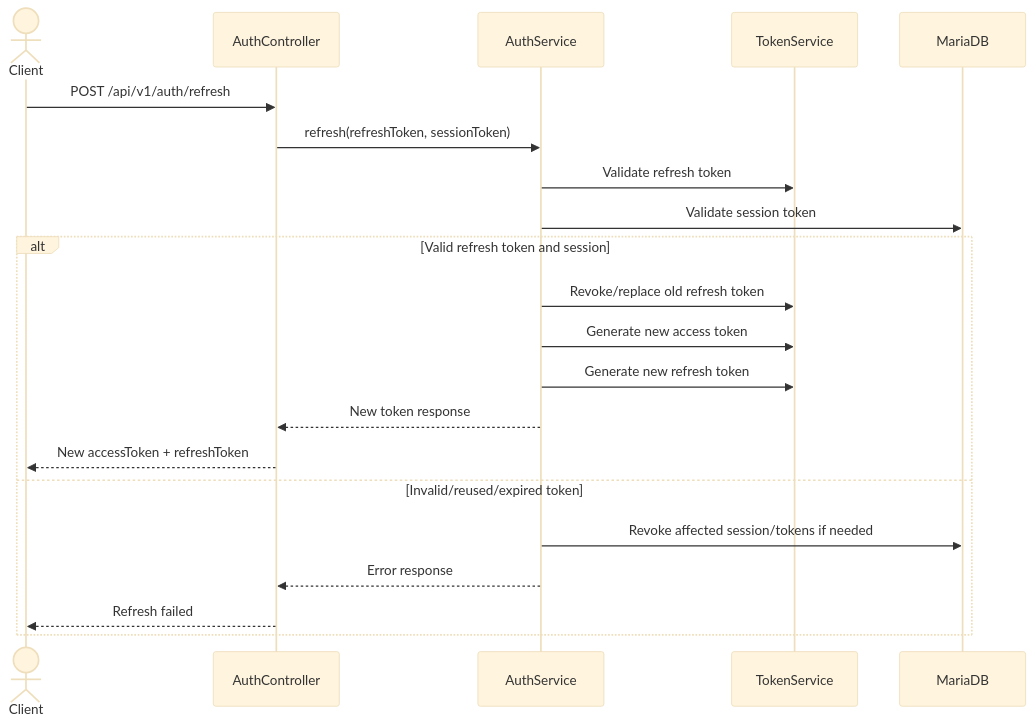
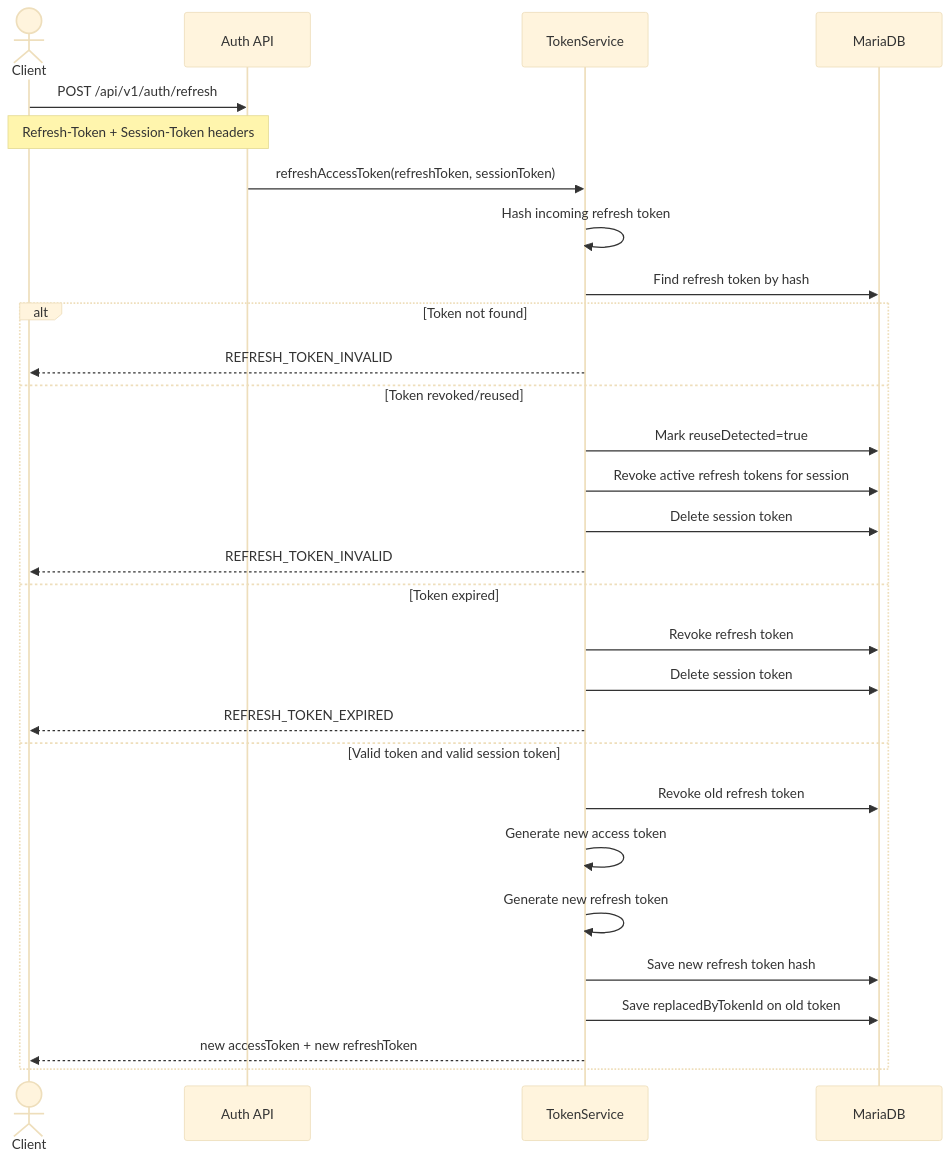
The third of 3 diagrams in backend/docs/AUTH_FLOW.md (JustinBui22/wandermate-fullstack), drawn with Mermaid (base theme) before and after one commit. The commit also changed other lines of this file and 14 other files, not shown here.

````diff
--- a/backend/docs/AUTH_FLOW.md
+++ b/backend/docs/AUTH_FLOW.md
@@ -106,24 +149,32 @@
 ```mermaid
 sequenceDiagram
     actor Client
-    participant Controller as AuthController
-    participant Service as AuthService
+    participant AuthAPI as Auth API
     participant TokenService
     participant DB as MariaDB
 
-    Client->>Controller: POST /api/v1/auth/refresh
-    Controller->>Service: refresh(refreshToken, sessionToken)
-    Service->>TokenService: Validate refresh token
-    Service->>DB: Validate session token
-    alt Valid refresh token and session
-        Service->>TokenService: Revoke/replace old refresh token
-        Service->>TokenService: Generate new access token
-        Service->>TokenService: Generate new refresh token
-        Service-->>Controller: New token response
-        Controller-->>Client: New accessToken + refreshToken
-    else Invalid/reused/expired token
-        Service->>DB: Revoke affected session/tokens if needed
-        Service-->>Controller: Error response
-        Controller-->>Client: Refresh failed
+    Client->>AuthAPI: POST /api/v1/auth/refresh
+    Note over Client,AuthAPI: Refresh-Token + Session-Token headers
+    AuthAPI->>TokenService: refreshAccessToken(refreshToken, sessionToken)
+    TokenService->>TokenService: Hash incoming refresh token
+    TokenService->>DB: Find refresh token by hash
+    alt Token not found
+        TokenService-->>Client: REFRESH_TOKEN_INVALID
+    else Token revoked/reused
+        TokenService->>DB: Mark reuseDetected=true
+        TokenService->>DB: Revoke active refresh tokens for session
+        TokenService->>DB: Delete session token
+        TokenService-->>Client: REFRESH_TOKEN_INVALID
+    else Token expired
+        TokenService->>DB: Revoke refresh token
+        TokenService->>DB: Delete session token
+        TokenService-->>Client: REFRESH_TOKEN_EXPIRED
+    else Valid token and valid session token
+        TokenService->>DB: Revoke old refresh token
+        TokenService->>TokenService: Generate new access token
+        TokenService->>TokenService: Generate new refresh token
+        TokenService->>DB: Save new refresh token hash
+        TokenService->>DB: Save replacedByTokenId on old token
+        TokenService-->>Client: new accessToken + new refreshToken
     end
 ```
````
